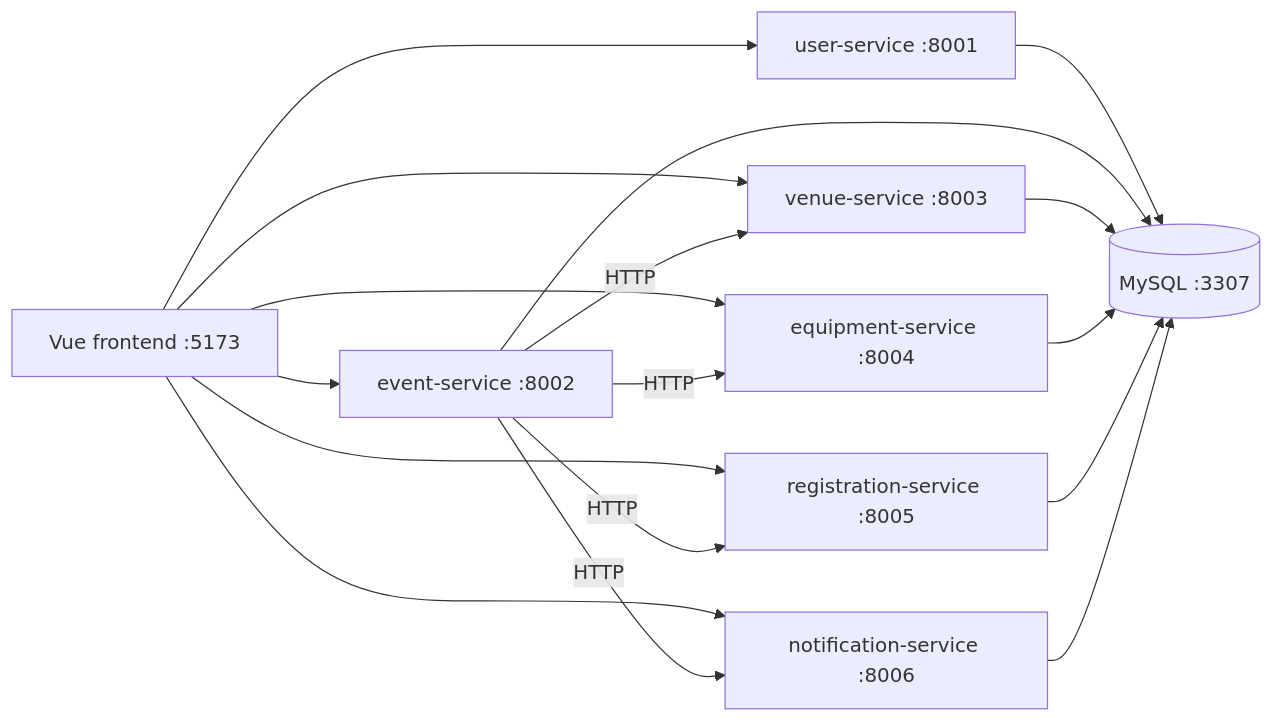
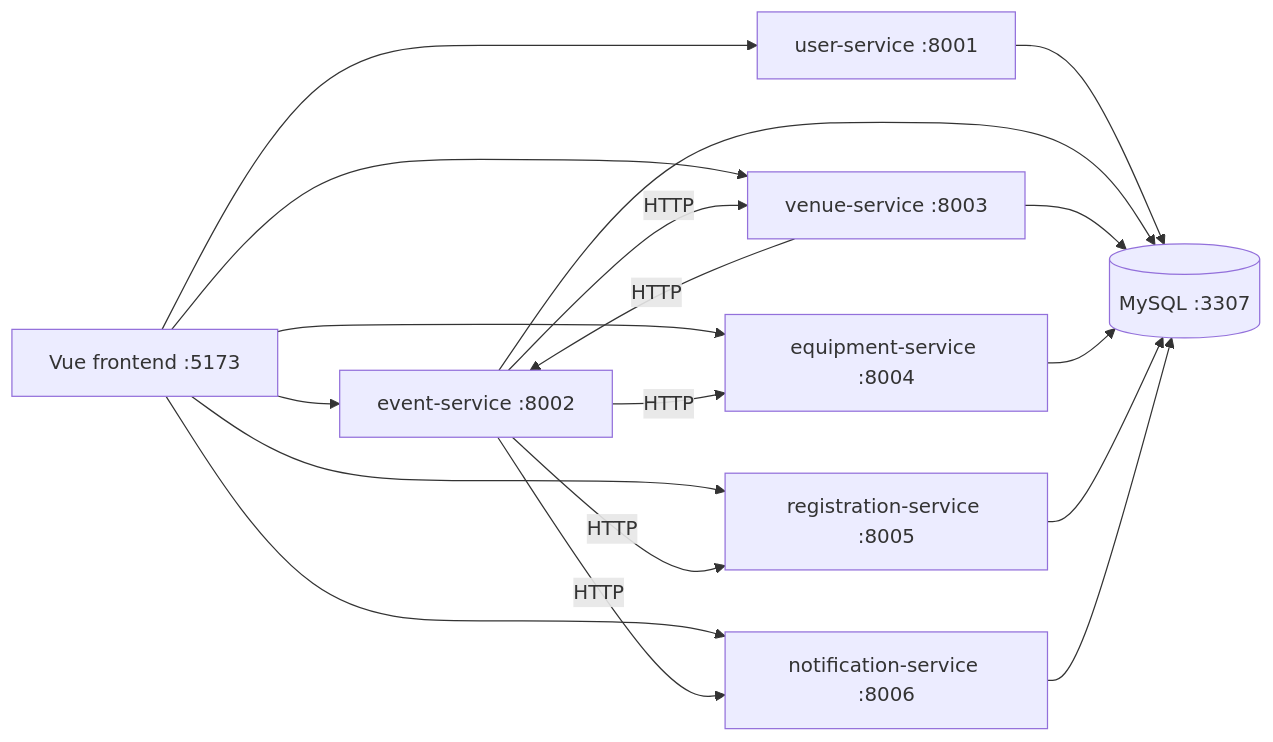
One commit to Matthewkhlr/SPM_G6T3 changed the diagram in docs/architecture.md. Above: the diagram before and after it, drawn with Mermaid. The commit also changed other lines of this file and 31 other files, not shown here.

````diff
--- a/docs/architecture.md
+++ b/docs/architecture.md
@@ -11,19 +11,20 @@
 ```mermaid
 flowchart LR
   Vue["Vue frontend :5173"] --> UserSvc["user-service :8001"]
   Vue --> EventSvc["event-service :8002"]
   Vue --> VenueSvc["venue-service :8003"]
   Vue --> EquipSvc["equipment-service :8004"]
   Vue --> RegSvc["registration-service :8005"]
   Vue --> NotifSvc["notification-service :8006"]
   UserSvc --> MySQL[("MySQL :3307")]
   EventSvc --> MySQL
   VenueSvc --> MySQL
   EquipSvc --> MySQL
   RegSvc --> MySQL
   NotifSvc --> MySQL
   EventSvc -->|"HTTP"| VenueSvc
   EventSvc -->|"HTTP"| EquipSvc
   EventSvc -->|"HTTP"| RegSvc
   EventSvc -->|"HTTP"| NotifSvc
+  VenueSvc -->|"HTTP"| EventSvc
 ```
````
